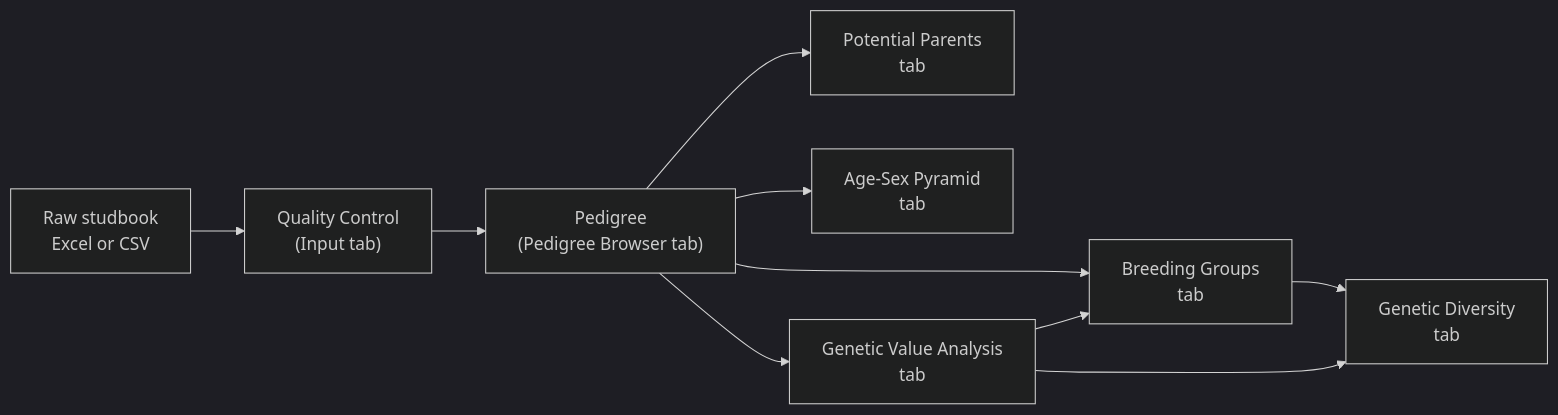
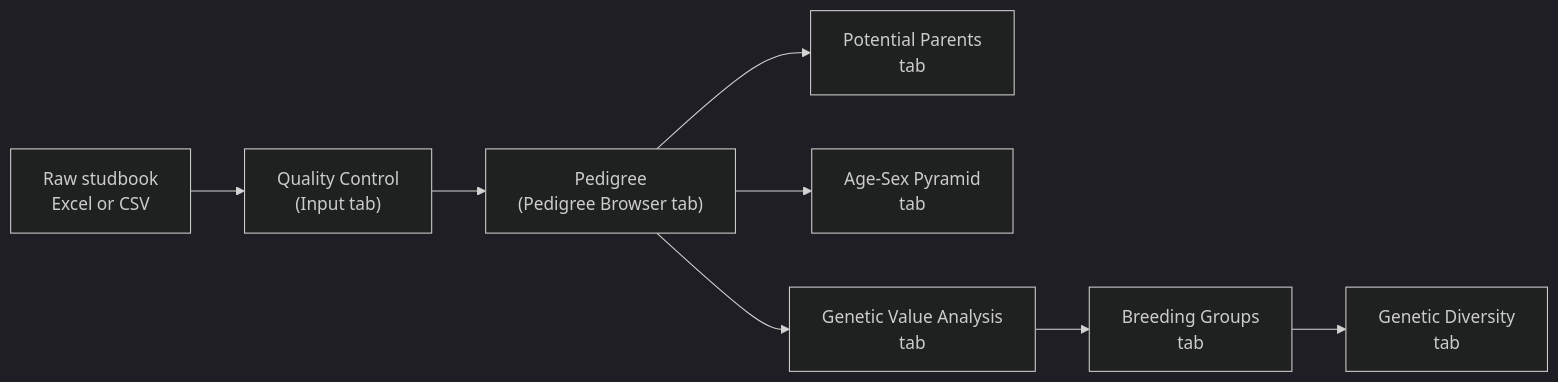
Before and after one commit to rmsharp/nprcgenekeepr: the diagram in articles/colony-manager-guide.md, drawn with Mermaid (dark theme). The commit also changed other lines of this file and 328 other files, not shown here.

````diff
--- a/articles/colony-manager-guide.md
+++ b/articles/colony-manager-guide.md
@@ -112,12 +111,10 @@
 ``` mermaid
 flowchart LR
   A["Raw studbook<br/>Excel or CSV"] --> B["Quality Control<br/>(Input tab)"]
   B --> C["Pedigree<br/>(Pedigree Browser tab)"]
   C --> D["Potential Parents<br/>tab"]
   C --> E["Age-Sex Pyramid<br/>tab"]
   C --> F["Genetic Value Analysis<br/>tab"]
-  C --> G["Breeding Groups<br/>tab"]
-  F --> G
+  F --> G["Breeding Groups<br/>tab"]
   G --> H["Genetic Diversity<br/>tab"]
-  F --> H
 ```
````
